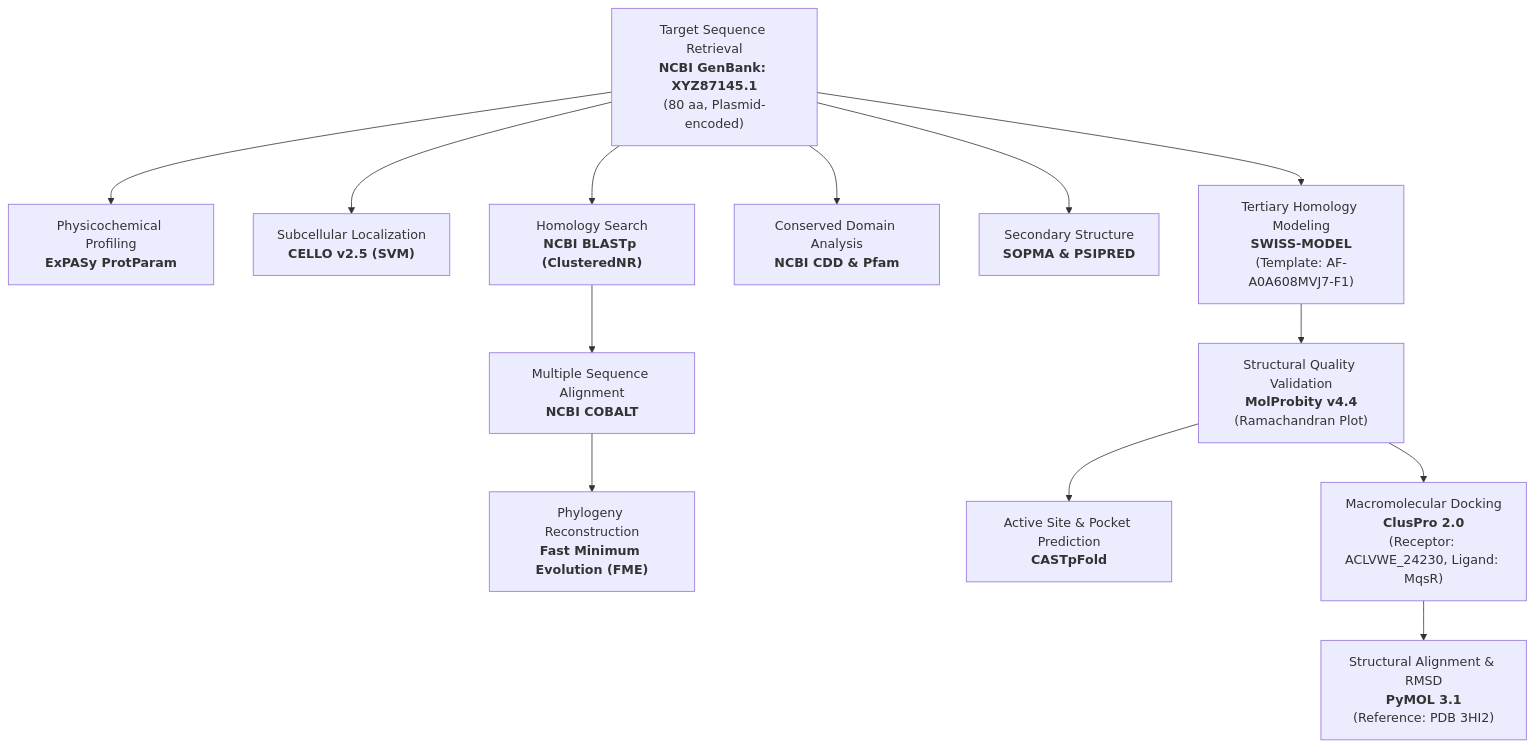
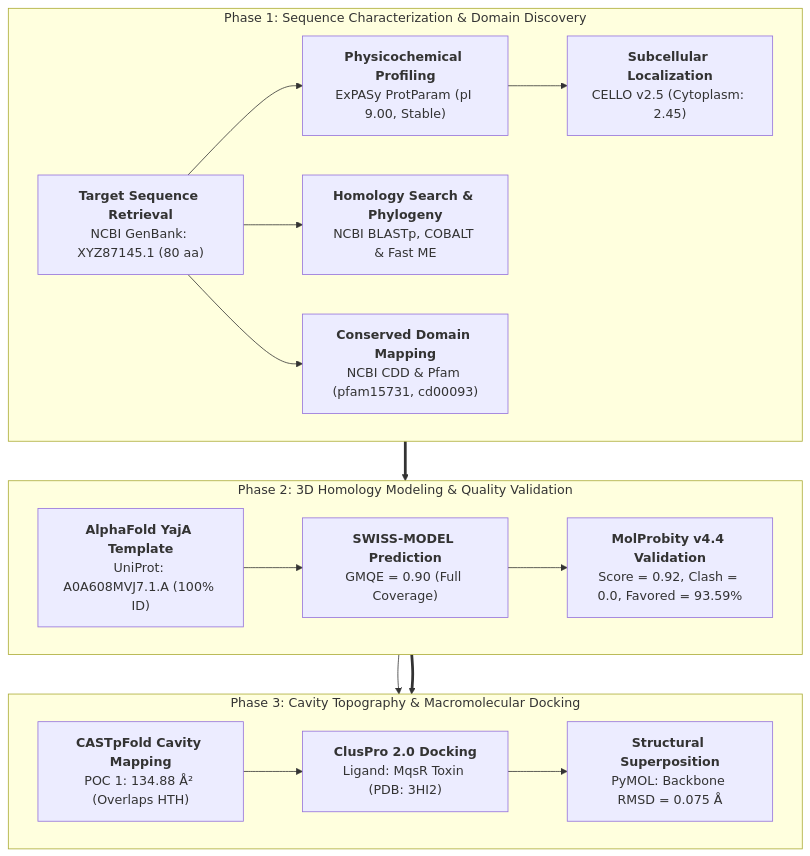
Before and after one commit to Soash/salmonella-mqsa-annotation: the diagram in README.md, drawn with Mermaid. The commit also changed other lines of this file, not shown here.

Commit message:
Adopt Structural Biology & Molecular Modeling Template for Salmonella MqsA

````diff
--- a/README.md
+++ b/README.md
@@ -25,18 +84,21 @@
 ```mermaid
 flowchart TD
-    A["Target Sequence Retrieval<br/><b>NCBI GenBank: XYZ87145.1</b><br/>(80 aa, Plasmid-encoded)"] --> B["Physicochemical Profiling<br/><b>ExPASy ProtParam</b>"]
-    A --> C["Subcellular Localization<br/><b>CELLO v2.5 (SVM)</b>"]
-    A --> D["Homology Search<br/><b>NCBI BLASTp (ClusteredNR)</b>"]
-    A --> E["Conserved Domain Analysis<br/><b>NCBI CDD & Pfam</b>"]
-    A --> F["Secondary Structure<br/><b>SOPMA & PSIPRED</b>"]
+    subgraph P1 ["Phase 1: Sequence Characterization & Domain Discovery"]
+        direction LR
+        A["<b>Target Sequence Retrieval</b><br/>NCBI GenBank: XYZ87145.1 (80 aa)"] --> B["<b>Physicochemical Profiling</b><br/>ExPASy ProtParam (pI 9.00, Stable)"] --> C["<b>Subcellular Localization</b><br/>CELLO v2.5 (Cytoplasm: 2.45)"]
+        A --> D["<b>Homology Search & Phylogeny</b><br/>NCBI BLASTp, COBALT & Fast ME"]
+        A --> E["<b>Conserved Domain Mapping</b><br/>NCBI CDD & Pfam (pfam15731, cd00093)"]
+    end
 
-    D --> G["Multiple Sequence Alignment<br/><b>NCBI COBALT</b>"]
-    G --> H["Phylogeny Reconstruction<br/><b>Fast Minimum Evolution (FME)</b>"]
+    subgraph P2 ["Phase 2: 3D Homology Modeling & Quality Validation"]
+        direction LR
+        F["<b>AlphaFold YajA Template</b><br/>UniProt: A0A608MVJ7.1.A (100% ID)"] --> G["<b>SWISS-MODEL Prediction</b><br/>GMQE = 0.90 (Full Coverage)"] --> H["<b>MolProbity v4.4 Validation</b><br/>Score = 0.92, Clash = 0.0, Favored = 93.59%"]
+    end
 
-    A --> I["Tertiary Homology Modeling<br/><b>SWISS-MODEL</b><br/>(Template: AF-A0A608MVJ7-F1)"]
-    I --> J["Structural Quality Validation<br/><b>MolProbity v4.4</b><br/>(Ramachandran Plot)"]
-    
-    J --> K["Active Site & Pocket Prediction<br/><b>CASTpFold</b>"]
-    J --> L["Macromolecular Docking<br/><b>ClusPro 2.0</b><br/>(Receptor: ACLVWE_24230, Ligand: MqsR)"]
-    L --> M["Structural Alignment & RMSD<br/><b>PyMOL 3.1</b><br/>(Reference: PDB 3HI2)"]
+    subgraph P3 ["Phase 3: Cavity Topography & Macromolecular Docking"]
+        direction LR
+        H --> I["<b>CASTpFold Cavity Mapping</b><br/>POC 1: 134.88 Å² (Overlaps HTH)"] --> J["<b>ClusPro 2.0 Docking</b><br/>Ligand: MqsR Toxin (PDB: 3HI2)"] --> K["<b>Structural Superposition</b><br/>PyMOL: Backbone RMSD = 0.075 Å"]
+    end
+
+    P1 ==> P2 ==> P3
 ```
````
